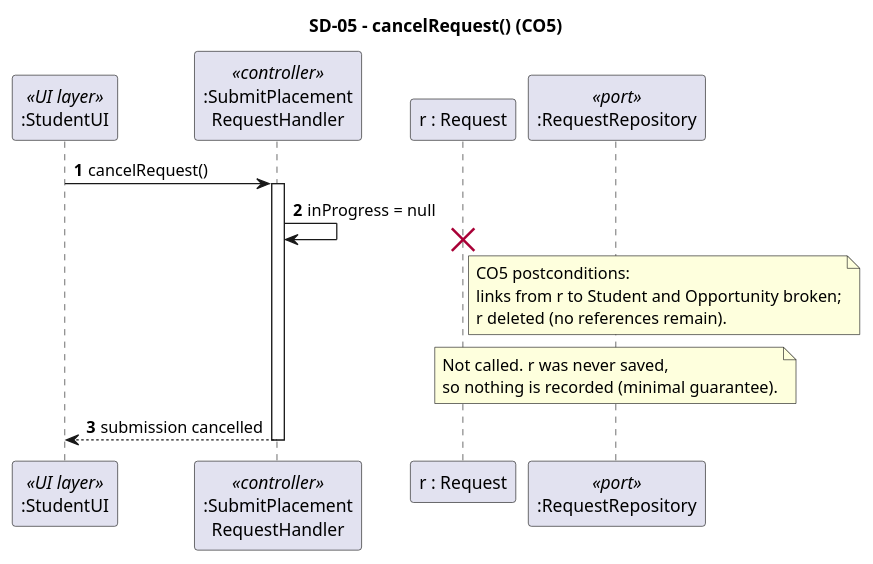
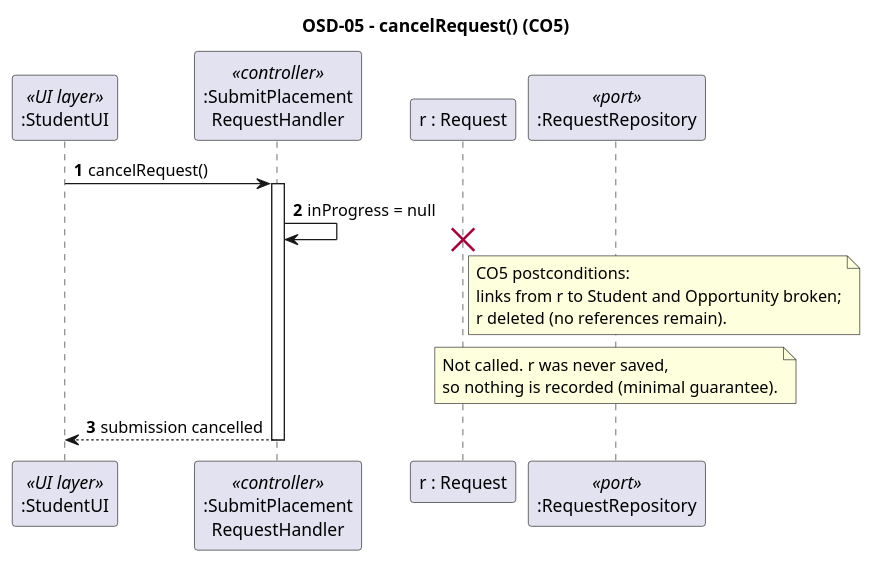
Before and after one commit to dan-1379/OOAD-CA1-Analysis: the diagram in CA2/diagrams/UC01-SD-05-cancelRequest.puml, drawn with PlantUML. The commit also changed 17 other files, not shown here.

```diff
--- a/CA2/diagrams/UC01-SD-05-cancelRequest.puml
+++ b/CA2/diagrams/UC01-SD-05-cancelRequest.puml
@@ -1,29 +1,29 @@
 @startuml sd-05-cancel-request
-' SD-05 - cancelRequest (CO5)
+' OSD-05 - cancelRequest (CO5)
 ' Linked to: UC01 exception 5a, SSD-01 outer alt, CO5, minimal guarantee, SC05
-title SD-05 – cancelRequest() (CO5)
+title OSD-05 – cancelRequest() (CO5)
 
 skinparam sequenceMessageAlign left
 autonumber
 
 participant ":StudentUI" as UI <<UI layer>>
 participant ":SubmitPlacement\nRequestHandler" as H <<controller>>
 participant "r : Request" as R
 participant ":RequestRepository" as RR <<port>>
 
 UI -> H : cancelRequest()
 activate H
 H -> H : inProgress = null
 destroy R
 note right of R
   CO5 postconditions:
   links from r to Student and Opportunity broken;
   r deleted (no references remain).
 end note
 note over RR
   Not called. r was never saved,
   so nothing is recorded (minimal guarantee).
 end note
 H --> UI : submission cancelled
 deactivate H
 @enduml
```
